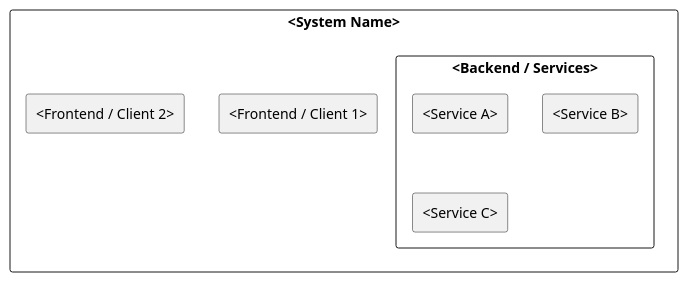
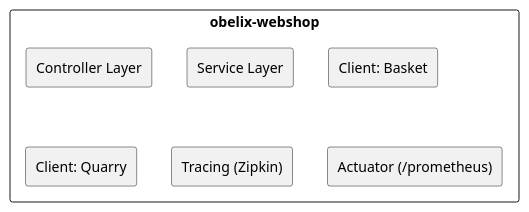
One commit to Juschwy/m321-obelix-webshop-mvk changed the second of 2 diagrams in docs/arc42/05_building_block_view.adoc. Above: the diagram before and after it, drawn with PlantUML. The commit also changed other lines of this file and 7 other files, not shown here.

```diff
--- a/docs/arc42/05_building_block_view.adoc
+++ b/docs/arc42/05_building_block_view.adoc
@@ -16,16 +208,13 @@
-[plantuml, building-block-overview, svg]
+[plantuml, webshop-whitebox, svg]
 ----
 @startuml
-rectangle "<System Name>" {
-
-  rectangle "<Frontend / Client 1>"
-  rectangle "<Frontend / Client 2>"
-
-  rectangle "<Backend / Services>" {
-    rectangle "<Service A>"
-    rectangle "<Service B>"
-    rectangle "<Service C>"
-  }
+rectangle "obelix-webshop" {
+  rectangle "Controller Layer"
+  rectangle "Service Layer"
+  rectangle "Client: Basket"
+  rectangle "Client: Quarry"
+  rectangle "Tracing (Zipkin)"
+  rectangle "Actuator (/prometheus)"
 }
 @enduml
 ----
```
